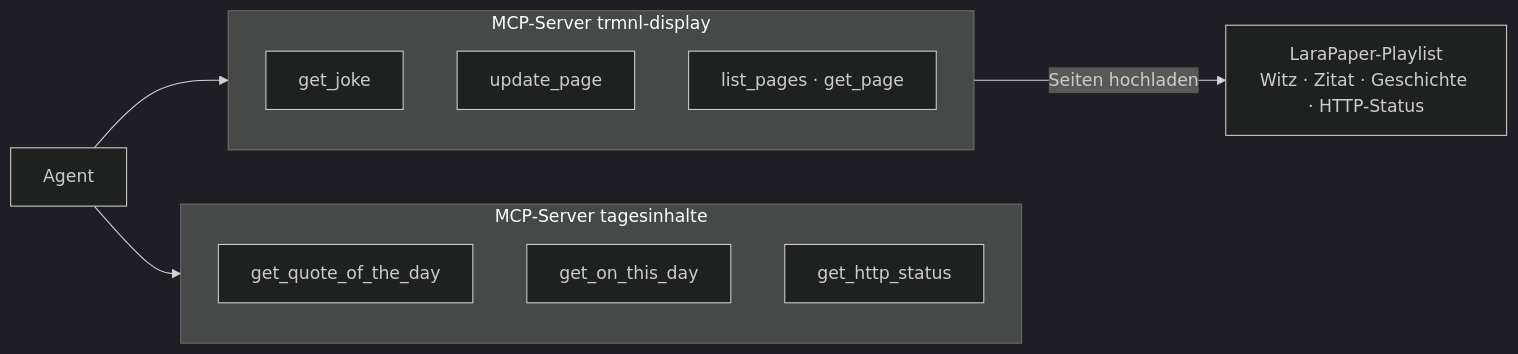
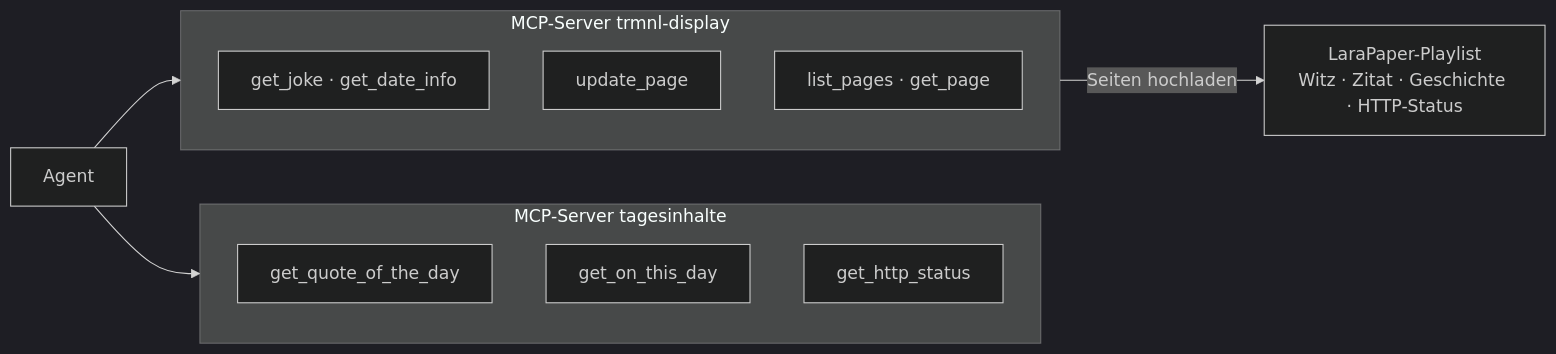
Before and after one commit to Stiriacus/TRMNL-MCP: the second of 2 diagrams in docs-guide/05-api-zu-mcp.md, drawn with Mermaid (dark theme). The commit also changed 7 other files, not shown here.

````diff
--- a/docs-guide/05-api-zu-mcp.md
+++ b/docs-guide/05-api-zu-mcp.md
@@ -126,16 +126,16 @@
 ```mermaid
 flowchart LR
     subgraph S1 [MCP-Server tagesinhalte]
         Q[get_quote_of_the_day]
         O[get_on_this_day]
         HS[get_http_status]
     end
     subgraph S2 [MCP-Server trmnl-display]
-        J[get_joke]
+        J[get_joke · get_date_info]
         U[update_page]
         L[list_pages · get_page]
     end
     AG[Agent] --> S1
     AG --> S2
     S2 -->|Seiten hochladen| LP[LaraPaper-Playlist<br/>Witz · Zitat · Geschichte · HTTP-Status]
 ```
````
